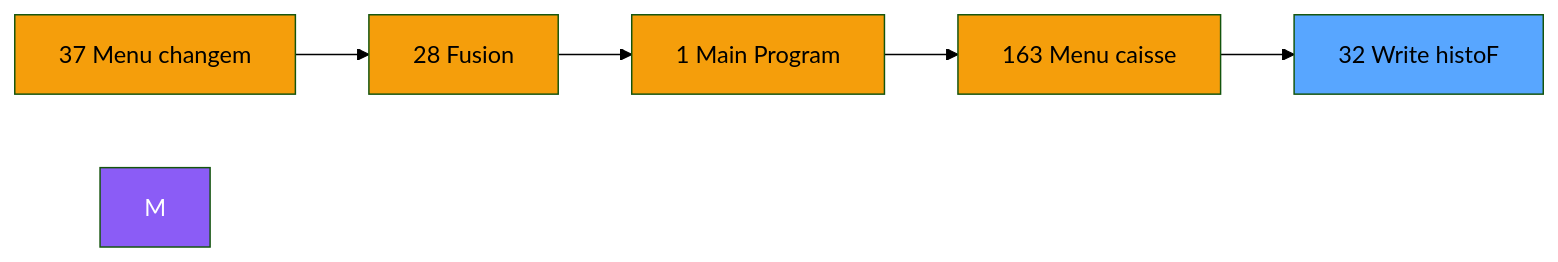
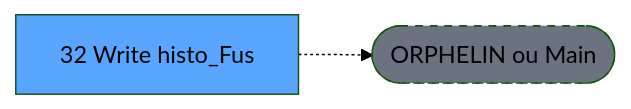
The second of 3 diagrams in .openspec/renders/ADH-IDE-32.md (thonyAGP/lecteur-magic), drawn with Mermaid (forest theme) before and after one commit. The commit also changed other lines of this file and 701 other files, not shown here.

````diff
--- a/.openspec/renders/ADH-IDE-32.md
+++ b/.openspec/renders/ADH-IDE-32.md
@@ -116,18 +117,8 @@
 ```mermaid
 graph LR
-    N37[37 Menu changem]
-    N28[28 Fusion]
-    N1[1 Main Program]
-    N163[163 Menu caisse ]
-    T[32 Write histoF]
-    N37 --> N28
-    N28 --> N1
-    N1 --> N163
-    N163 --> T
-    style M fill:#8b5cf6,color:#fff
-    style N37 fill:#f59e0b
-    style N28 fill:#f59e0b
-    style N1 fill:#f59e0b
-    style N163 fill:#f59e0b
+    T[32 Write histo_Fus]
+    ORPHAN([ORPHELIN ou Main])
+    T -.-> ORPHAN
     style T fill:#58a6ff,color:#000
+    style ORPHAN fill:#6b7280,stroke-dasharray: 5 5
 ```
````
